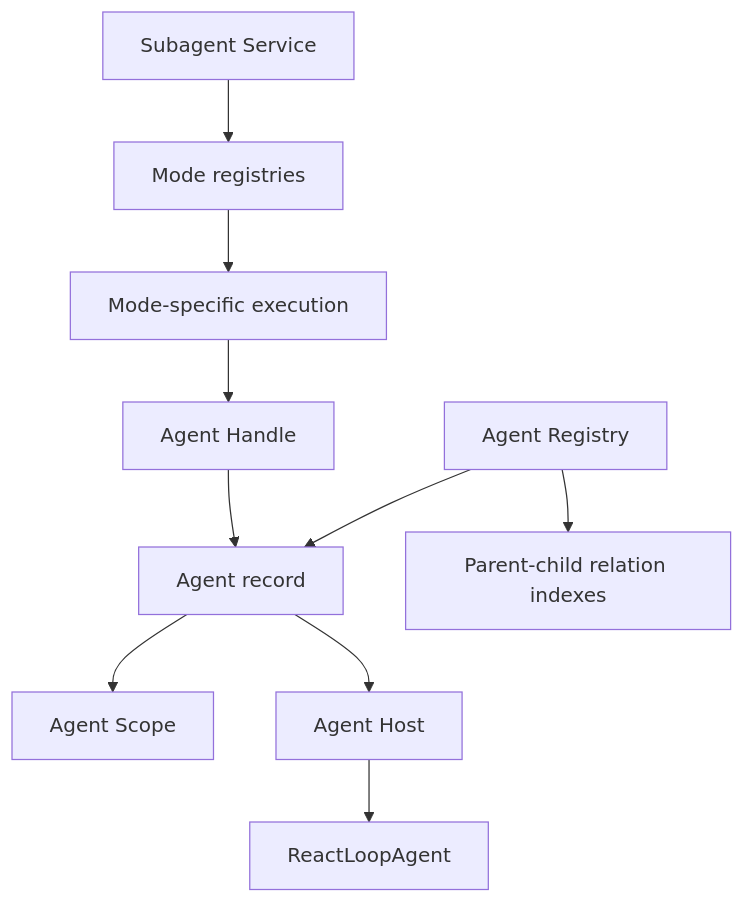
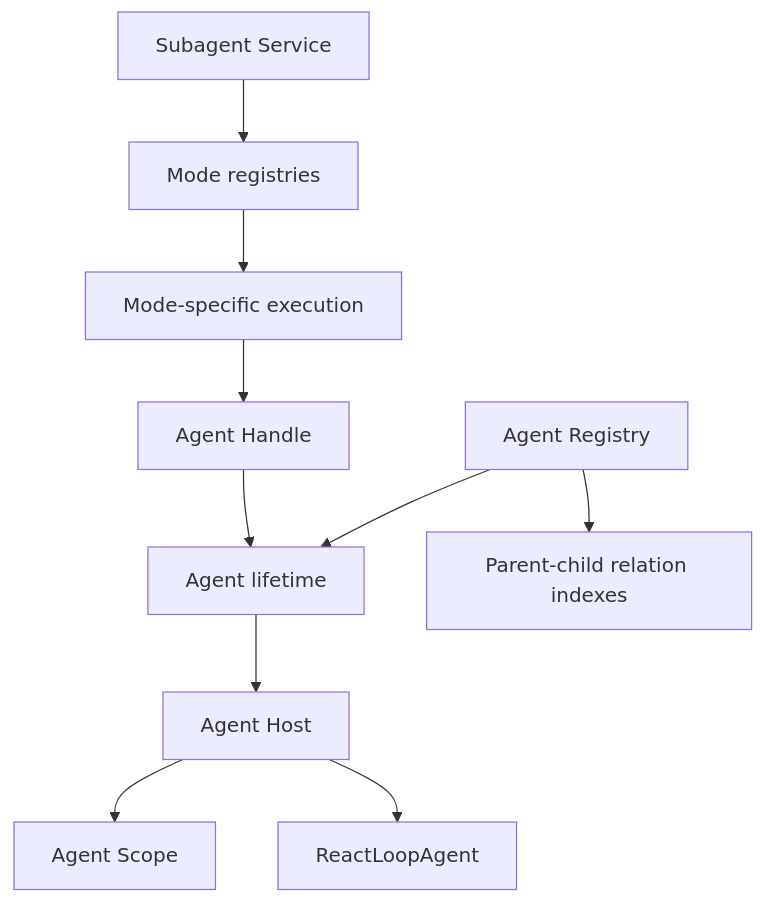
Before and after one commit to gorenx/goren: the second of 3 diagrams in agentloop/REFACTOR.zh-CN.md, drawn with Mermaid. The commit also changed other lines of this file and 13 other files, not shown here.

Commit message:
docs(agent): document lifetime ownership refactor

````diff
--- a/agentloop/REFACTOR.zh-CN.md
+++ b/agentloop/REFACTOR.zh-CN.md
@@ -261,25 +261,25 @@
 ```mermaid
 flowchart TD
     Registry[Agent Registry]
-    Record[Agent record]
+    Lifetime[Agent lifetime]
     Scope[Agent Scope]
     Host[Agent Host]
     RLA[ReactLoopAgent]
     Relations[Parent-child relation indexes]
 
     Subagents[Subagent Service]
     Modes[Mode registries]
     Execution[Mode-specific execution]
     Handle[Agent Handle]
 
-    Registry --> Record
+    Registry --> Lifetime
     Registry --> Relations
-    Record --> Scope
-    Record --> Host
+    Lifetime --> Host
+    Host --> Scope
     Host --> RLA
 
     Subagents --> Modes
     Modes --> Execution
     Execution --> Handle
-    Handle --> Record
+    Handle --> Lifetime
 ```
````
